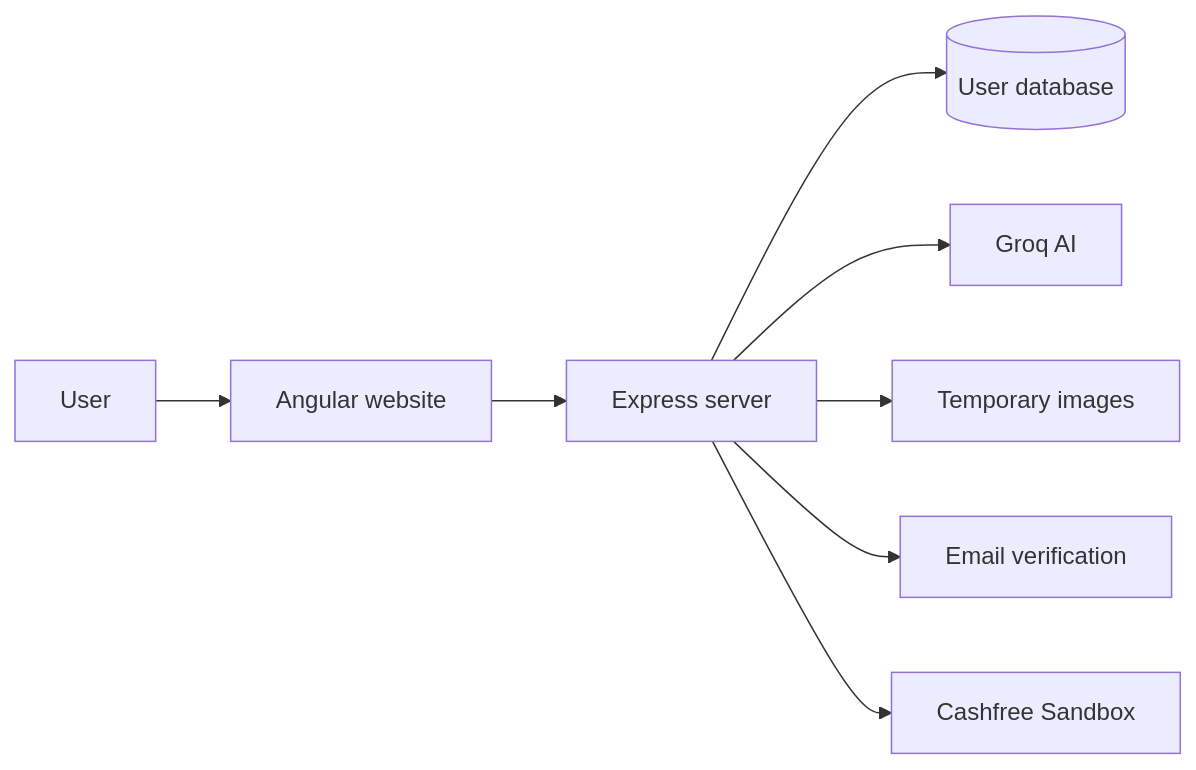
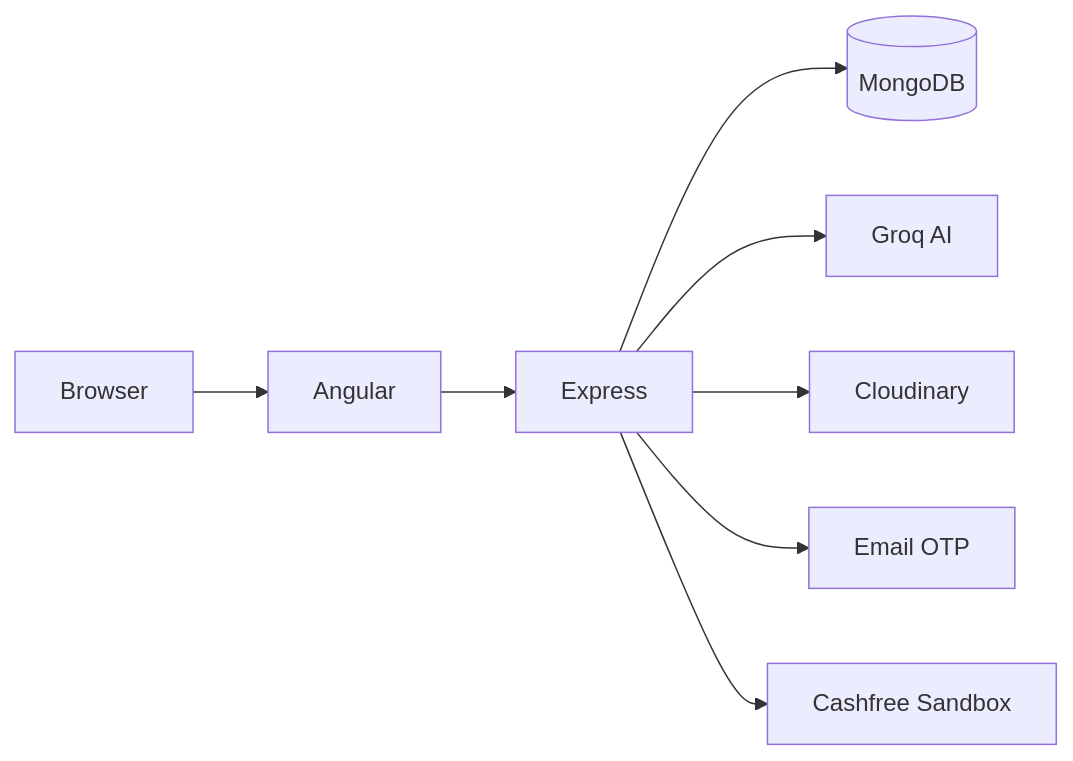
The sixth of 6 diagrams in README.md (SidheshwarSarangal/cashfree-ai-new-final), drawn with Mermaid before and after one commit. The commit also changed other lines of this file, not shown here.

````diff
--- a/README.md
+++ b/README.md
@@ -82,10 +102,10 @@
 ```mermaid
 flowchart LR
-    User --> Angular[Angular website]
-    Angular --> Express[Express server]
-    Express --> MongoDB[(User database)]
+    Browser --> Angular
+    Angular --> Express
+    Express --> MongoDB[(MongoDB)]
     Express --> Groq[Groq AI]
-    Express --> Cloudinary[Temporary images]
-    Express --> Gmail[Email verification]
+    Express --> Cloudinary
+    Express --> Gmail[Email OTP]
     Express --> Cashfree[Cashfree Sandbox]
 ```
````
